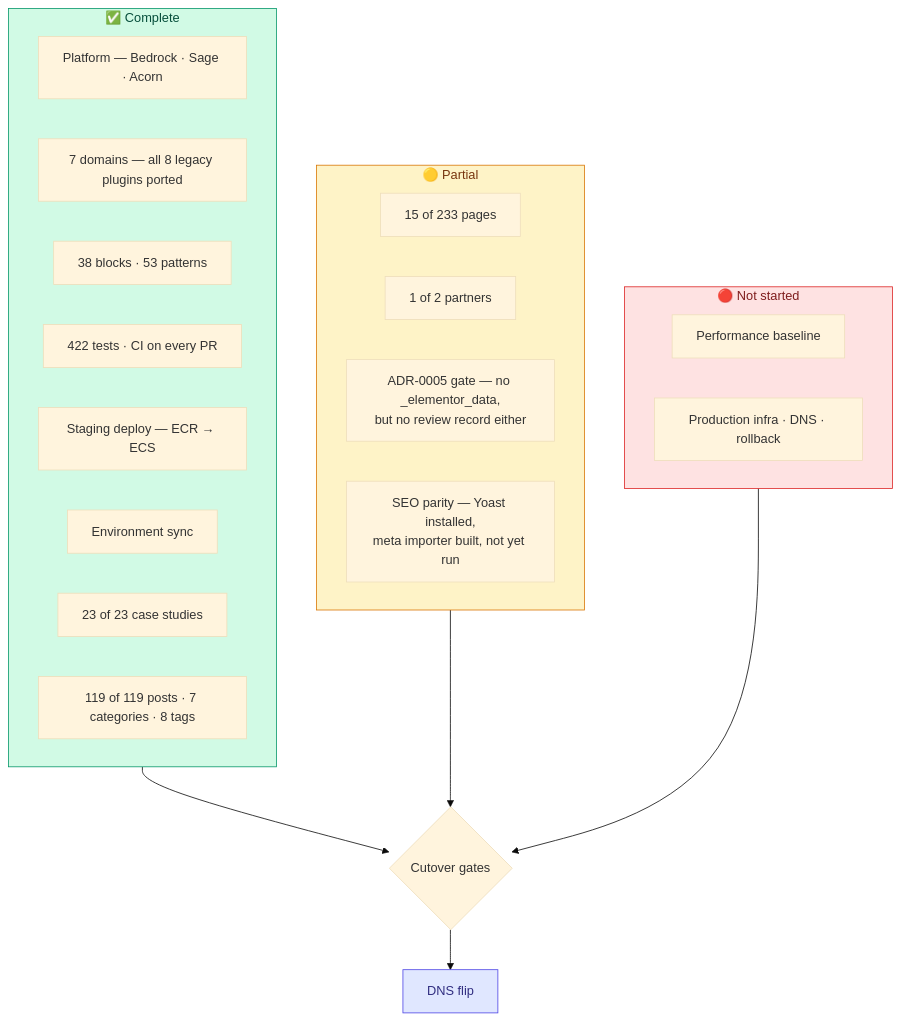
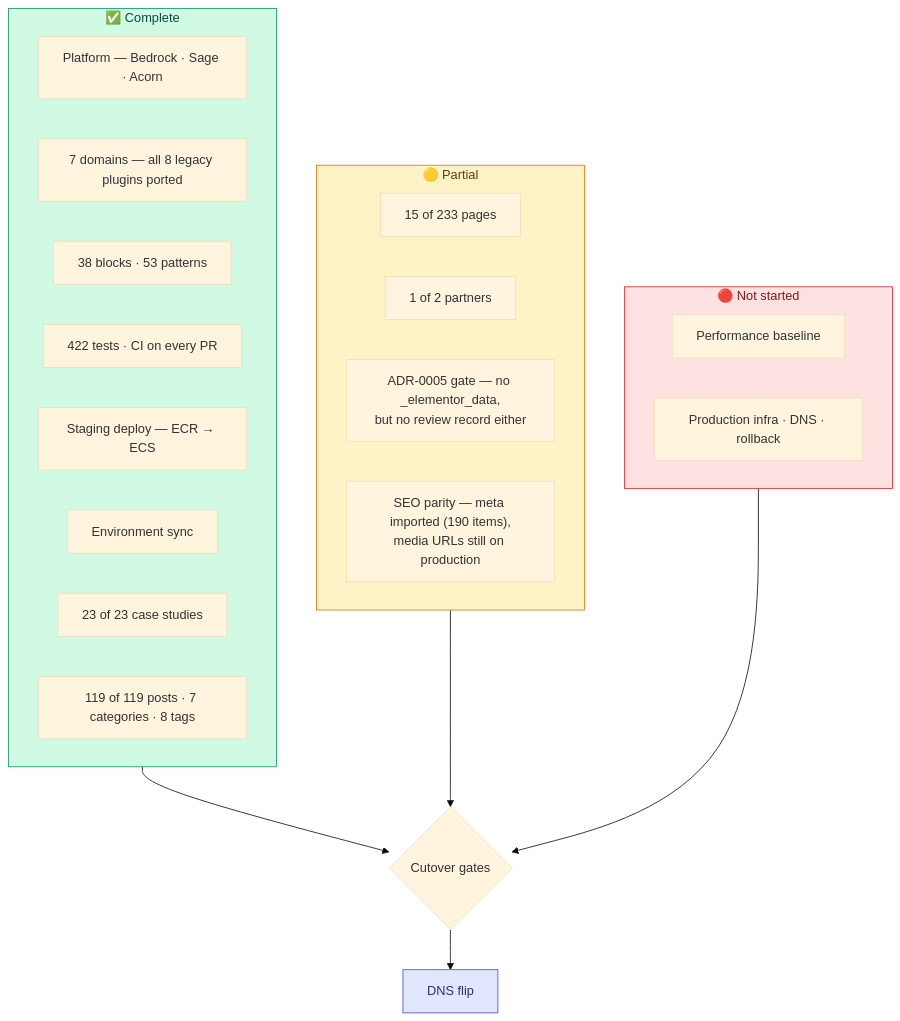
The diagram in web/app/themes/remote-leverage/docs/production-cutover.md (Remote-Leverage/remote-leverage-website-modernization), drawn with Mermaid (base theme) before and after one commit. The commit also changed other lines of this file and 33 other files, not shown here.

````diff
--- a/web/app/themes/remote-leverage/docs/production-cutover.md
+++ b/web/app/themes/remote-leverage/docs/production-cutover.md
@@ -31,35 +31,35 @@
 ```mermaid
 flowchart TB
     subgraph DONE["✅ Complete"]
         A1["Platform — Bedrock · Sage · Acorn"]
         A2["7 domains — all 8 legacy plugins ported"]
         A3["38 blocks · 53 patterns"]
         A4["422 tests · CI on every PR"]
         A5["Staging deploy — ECR → ECS"]
         A6["Environment sync"]
         A7["23 of 23 case studies"]
         A8["119 of 119 posts · 7 categories · 8 tags"]
     end
 
     subgraph PART["🟡 Partial"]
         B1["15 of 233 pages"]
         B2["1 of 2 partners"]
         B3["ADR-0005 gate — no _elementor_data,<br/>but no review record either"]
-        B4["SEO parity — Yoast installed,<br/>meta importer built, not yet run"]
+        B4["SEO parity — meta imported (190 items),<br/>media URLs still on production"]
     end
 
     subgraph BLOCKED["🔴 Not started"]
         C5["Performance baseline"]
         C6["Production infra · DNS · rollback"]
     end
 
     DONE --> GATE{"Cutover gates"}
     PART --> GATE
     BLOCKED --> GATE
     GATE --> LAUNCH["DNS flip"]
 
     style DONE fill:#d1fae5,stroke:#059669,color:#064e3b
     style PART fill:#fef3c7,stroke:#d97706,color:#78350f
     style BLOCKED fill:#fee2e2,stroke:#dc2626,color:#7f1d1d
     style LAUNCH fill:#e0e7ff,stroke:#4f46e5,color:#312e81
 ```
````
